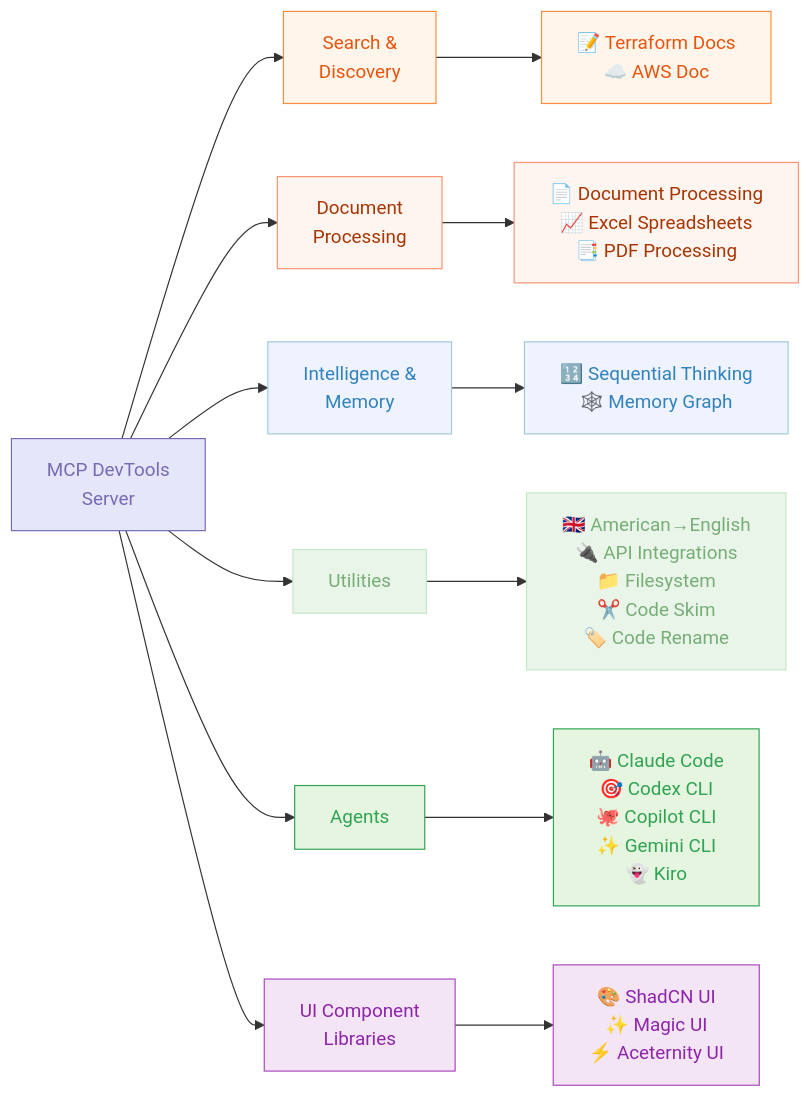
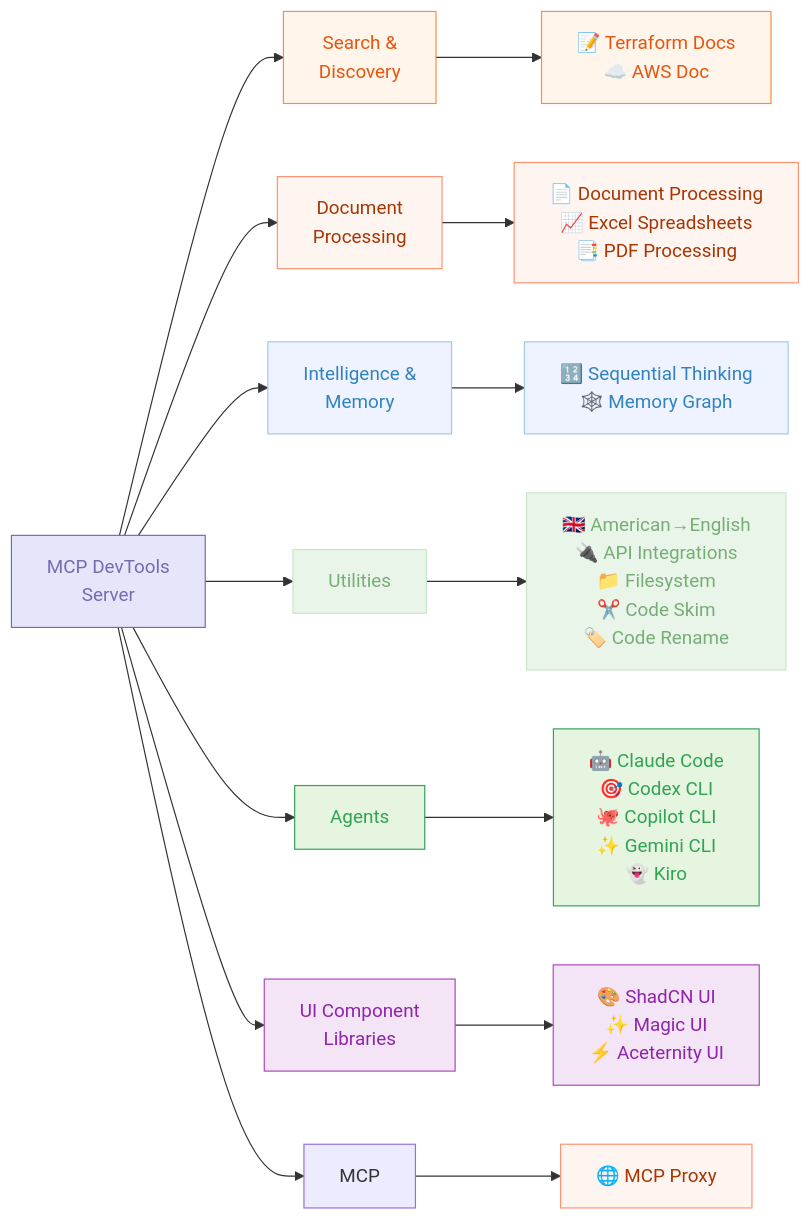
The second of 2 diagrams in README.md (sammcj/mcp-devtools), drawn with Mermaid before and after one commit.

Commit message:
docs: minor docs update [skip-ci]

````diff
--- a/README.md
+++ b/README.md
@@ -34,39 +34,43 @@
 ```mermaid
 graph LR
     A[MCP DevTools<br>Server]
 
     A --> B[Search &<br>Discovery]
     A --> C[Document<br>Processing]
     A --> E[Intelligence &<br>Memory]
     A --> F[Utilities]
     A --> G[Agents]
     A --> D[UI Component<br>Libraries]
+    A --> H[MCP]
 
     B --> B_Tools[📝 Terraform Docs<br>☁️ AWS Doc]
 
     C --> C_Tools[📄 Document Processing<br>📈 Excel Spreadsheets<br>📑 PDF Processing]
 
     E --> E_Tools[🔢 Sequential Thinking<br>🕸️ Memory Graph]
 
     F --> F_Tools[🇬🇧 American→English<br>🔌 API Integrations<br>📁 Filesystem<br>✂️ Code Skim<br>🏷️ Code Rename]
 
     G --> G_Tools[🤖 Claude Code<br>🎯 Codex CLI<br>🐙 Copilot CLI<br>✨ Gemini CLI<br>👻 Kiro]
 
     D --> D_Tools[🎨 ShadCN UI<br>✨ Magic UI<br>⚡ Aceternity UI]
+
+    H --> H_Proxy[🌐 MCP Proxy]
 
     classDef components fill:#E6E6FA,stroke:#756BB1,color:#756BB1
     classDef llm fill:#E5F5E0,stroke:#31A354,color:#31A354
     classDef process fill:#EAF5EA,stroke:#C6E7C6,color:#77AD77
     classDef data fill:#EFF3FF,stroke:#9ECAE1,color:#3182BD
     classDef decision fill:#FFF5EB,stroke:#FD8D3C,color:#E6550D
     classDef api fill:#FFF5F0,stroke:#FD9272,color:#A63603
     classDef ui fill:#F3E5F5,stroke:#AB47BC,color:#8E24AA
 
     class A components
     class B,B_Tools decision
     class C,C_Tools api
     class D,D_Tools ui
     class E,E_Tools data
     class F,F_Tools process
     class G,G_Tools llm
+    class H_Proxy api
 ```
````
